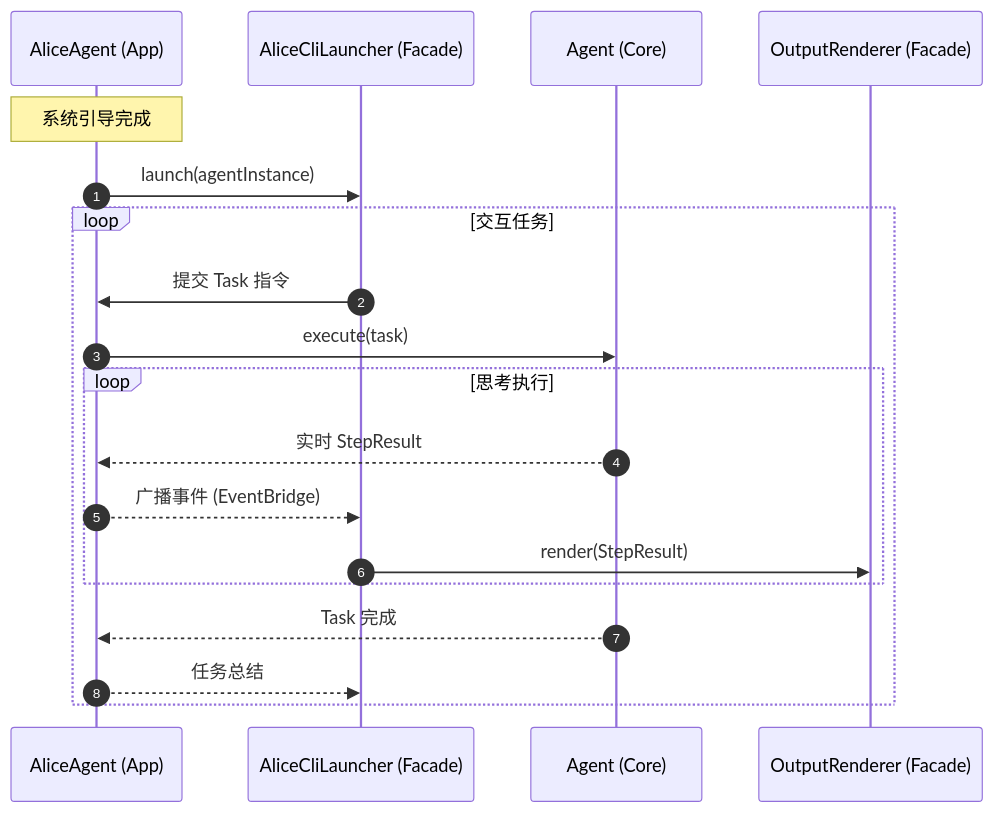
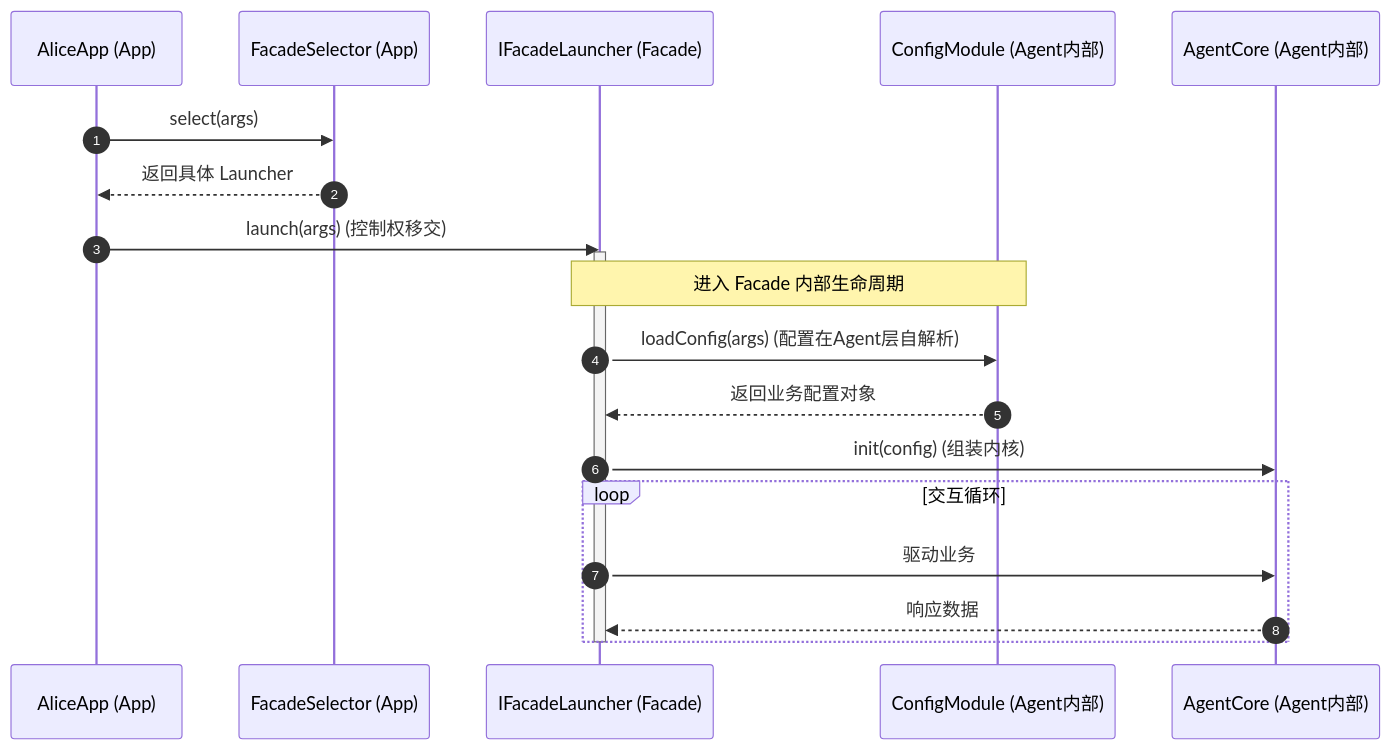
The third of 3 diagrams in docs/alice-bootstrap/DESIGN.md (chaineasy-ai/alice-agent), drawn with Mermaid before and after one commit. The commit also changed other lines of this file and 11 other files, not shown here.

First line of the commit message:
feat(alice-bootstrap): refactor to Pure Bootstrapper, remove Agent dependency

````diff
--- a/docs/alice-bootstrap/DESIGN.md
+++ b/docs/alice-bootstrap/DESIGN.md
@@ -98,25 +122,29 @@
 ```mermaid
 sequenceDiagram
     autonumber
-    participant App as AliceAgent (App)
-    participant Cmd as AliceCliLauncher (Facade)
-    participant Core as Agent (Core)
-    participant UI as OutputRenderer (Facade)
+    participant App as AliceApp (App)
+    participant Selector as FacadeSelector (App)
+    participant Facade as IFacadeLauncher (Facade)
+    participant Config as ConfigModule (Agent内部)
+    participant Core as AgentCore (Agent内部)
 
-    Note over App: 系统引导完成
-    App->>Cmd: launch(agentInstance)
+    App->>Selector: select(args)
+    Selector-->>App: 返回具体 Launcher
+    
+    App->>Facade: launch(args) (控制权移交)
+    activate Facade
+    
+    Note over Facade,Config: 进入 Facade 内部生命周期
+    Facade->>Config: loadConfig(args) (配置在Agent层自解析)
+    Config-->>Facade: 返回业务配置对象
+    
+    Facade->>Core: init(config) (组装内核)
+    
+    loop 交互循环
+        Facade->>Core: 驱动业务
+        Core-->>Facade: 响应数据
+    end
+    
+    deactivate Facade
 
-    loop 交互任务
-        Cmd->>App: 提交 Task 指令
-        App->>Core: execute(task)
-
-        loop 思考执行
-            Core-->>App: 实时 StepResult
-            App-->>Cmd: 广播事件 (EventBridge)
-            Cmd->>UI: render(StepResult)
-        end
-
-        Core-->>App: Task 完成
-        App-->>Cmd: 任务总结
-    end
 ```
````
